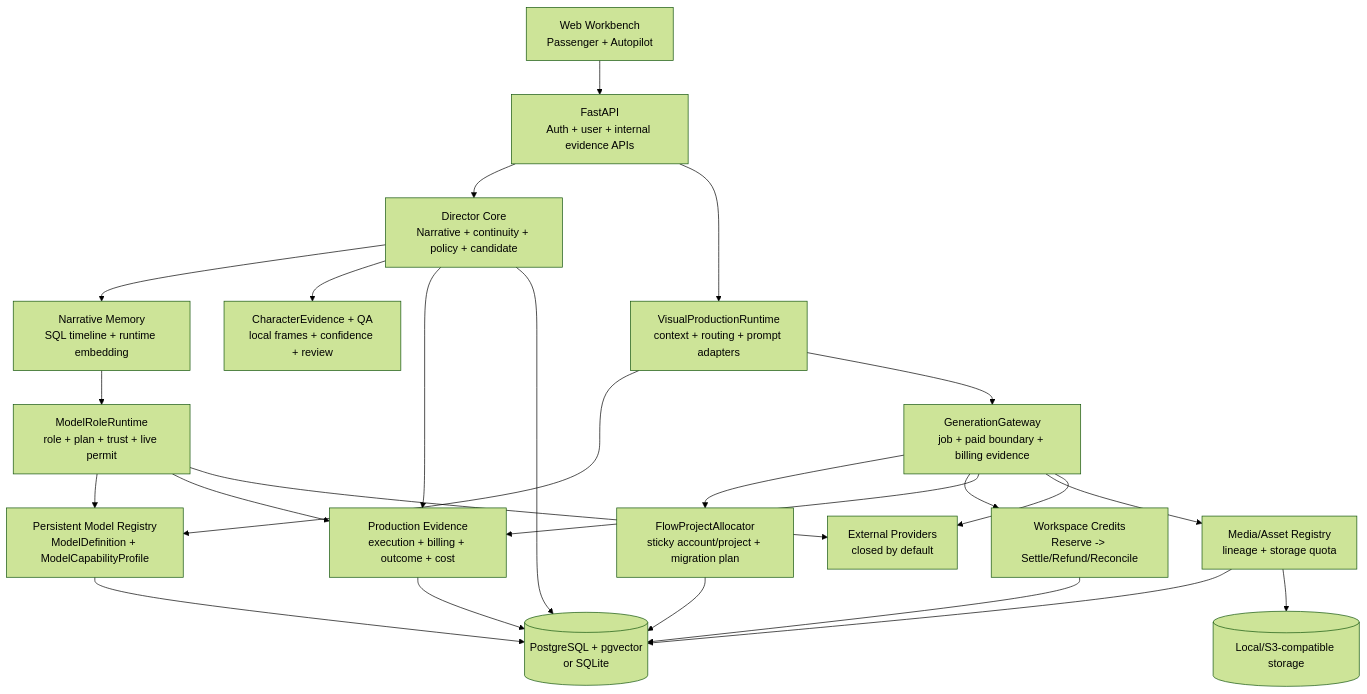
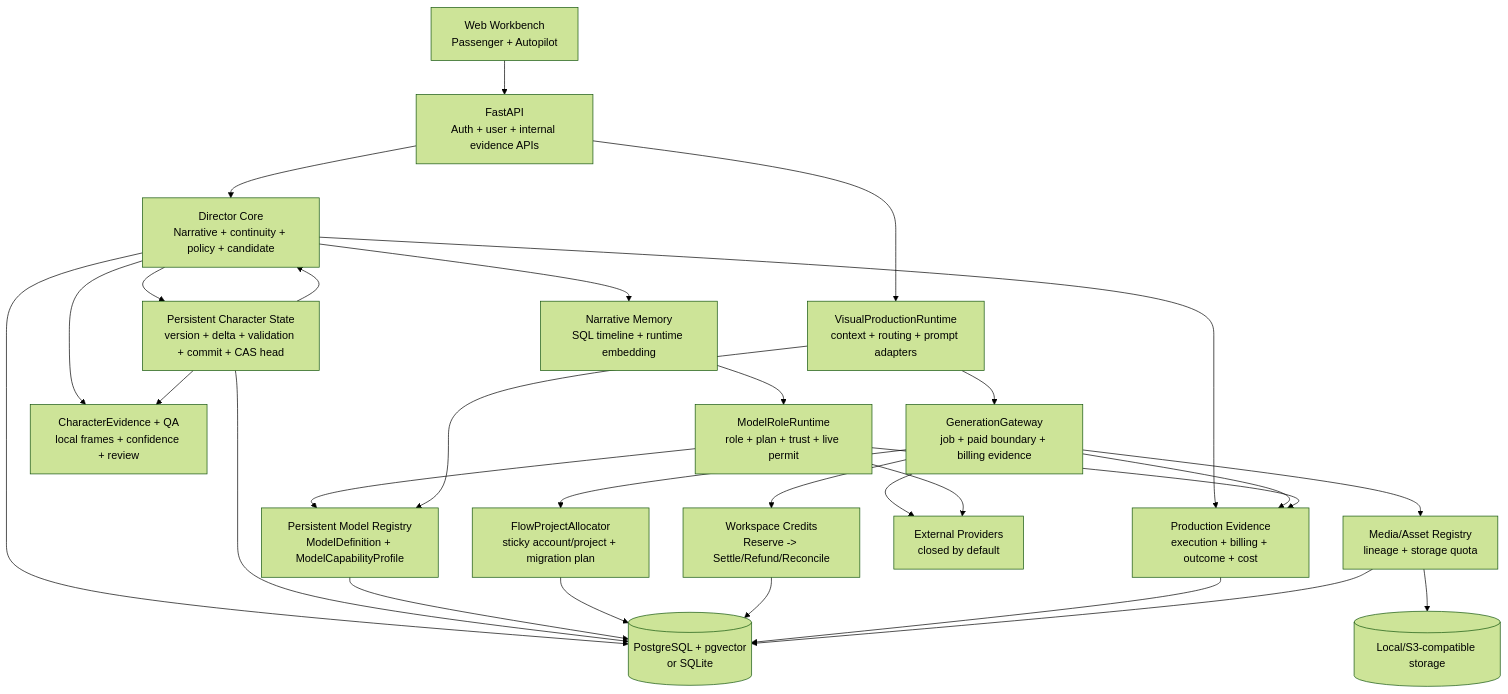
Before and after one commit to Ethanwrite/bestshiny: the first of 2 diagrams in CURRENT_ARCHITECTURE.md, drawn with Mermaid (forest theme). The commit also changed other lines of this file and 29 other files, not shown here.

Commit message:
feat: establish persistent character state core

````diff
--- a/CURRENT_ARCHITECTURE.md
+++ b/CURRENT_ARCHITECTURE.md
@@ -37,44 +39,49 @@
 ```mermaid
 flowchart TB
   Web["Web Workbench\nPassenger + Autopilot"]
   API["FastAPI\nAuth + user + internal evidence APIs"]
   Director["Director Core\nNarrative + continuity + policy + candidate"]
   Roles["ModelRoleRuntime\nrole + plan + trust + live permit"]
   Registry["Persistent Model Registry\nModelDefinition + ModelCapabilityProfile"]
   Memory["Narrative Memory\nSQL timeline + runtime embedding"]
+  State["Persistent Character State\nversion + delta + validation + commit + CAS head"]
   QA["CharacterEvidence + QA\nlocal frames + confidence + review"]
   Visual["VisualProductionRuntime\ncontext + routing + prompt adapters"]
   Gateway["GenerationGateway\njob + paid boundary + billing evidence"]
   FlowAffinity["FlowProjectAllocator\nsticky account/project + migration plan"]
   Ledger["Workspace Credits\nReserve -> Settle/Refund/Reconcile"]
   Evidence["Production Evidence\nexecution + billing + outcome + cost"]
   Media["Media/Asset Registry\nlineage + storage quota"]
   DB[("PostgreSQL + pgvector\nor SQLite")]
   Store[("Local/S3-compatible storage")]
   Providers["External Providers\nclosed by default"]
 
   Web --> API
   API --> Director
   API --> Visual
   Director --> Memory
+  Director --> State
   Director --> QA
   Director --> Evidence
   Memory --> Roles
+  State --> QA
+  State --> Director
   Roles --> Registry
   Visual --> Registry
   Visual --> Gateway
   Gateway --> FlowAffinity
   Gateway --> Ledger
   Gateway --> Evidence
   Gateway --> Media
   Roles --> Evidence
   Gateway --> Providers
   Roles --> Providers
   Director --> DB
+  State --> DB
   Registry --> DB
   FlowAffinity --> DB
   Ledger --> DB
   Evidence --> DB
   Media --> DB
   Media --> Store
 ```
````
